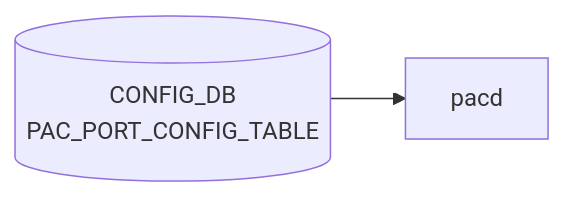
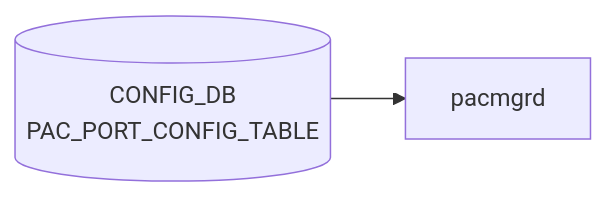
Before and after one commit to aoki-taquan/sonic-unofficial-docs: the diagram in docs/reference/config-db/dot1x.md, drawn with Mermaid. The commit also changed 1 other file, not shown here.

Commit message:
fix(config-db): correct dot1x mermaid daemon pacd -> pacmgrd (match body)

````diff
--- a/docs/reference/config-db/dot1x.md
+++ b/docs/reference/config-db/dot1x.md
@@ -42,6 +42,6 @@
 ```mermaid
 flowchart LR
   CDB[("CONFIG_DB<br/>PAC_PORT_CONFIG_TABLE")]
-  DM["pacd"]
+  DM["pacmgrd"]
   CDB --> DM
 ```
````
